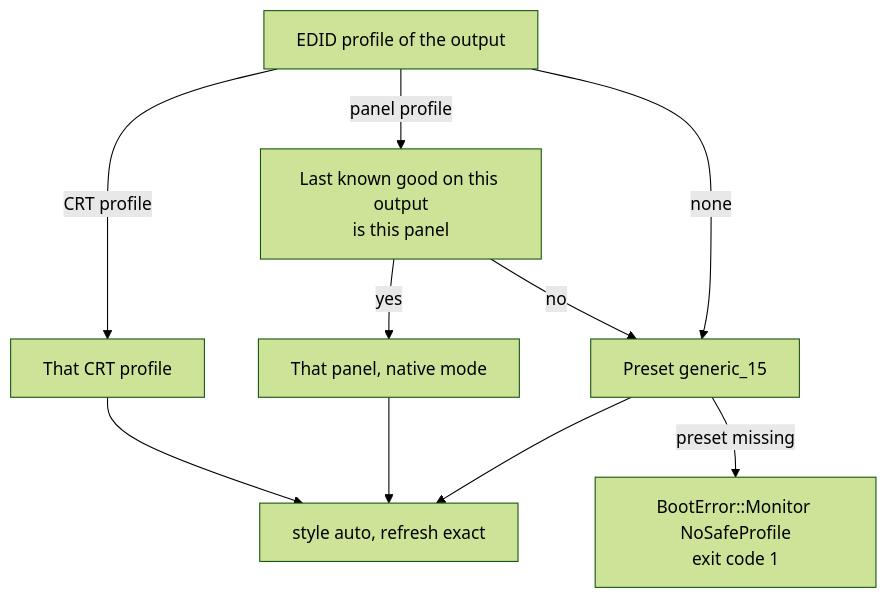
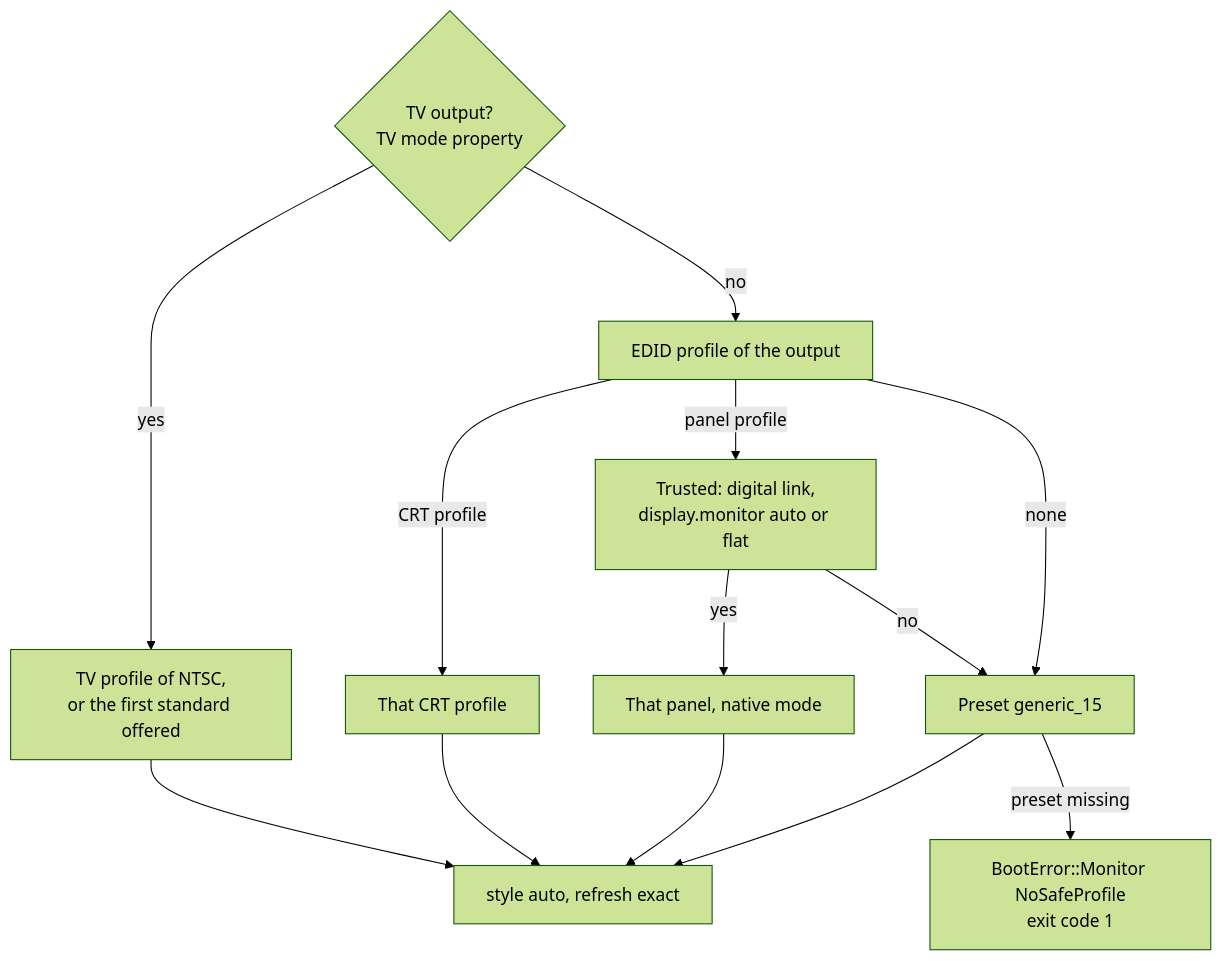
One commit to paologaleotti/neptron changed the fourth of 5 diagrams in docs/flows/02-frontend-boot.md. Above: the diagram before and after it, drawn with Mermaid (forest theme). The commit also changed other lines of this file and 2 other files, not shown here.

First line of the commit message:
docs(flows): fix the guard timings and the safe default in the boot, guard and situations pages

````diff
--- a/docs/flows/02-frontend-boot.md
+++ b/docs/flows/02-frontend-boot.md
@@ -68,12 +68,15 @@
 ```mermaid
 flowchart TD
-    A["EDID profile of the output"] -->|"CRT profile"| C["That CRT profile"]
-    A -->|"panel profile"| B["Last known good on this output<br/>is this panel"]
+    TV{"TV output?<br/>TV mode property"} -->|"yes"| T["TV profile of NTSC,<br/>or the first standard offered"]
+    TV -->|"no"| A["EDID profile of the output"]
+    A -->|"CRT profile"| C["That CRT profile"]
+    A -->|"panel profile"| B["Trusted: digital link,<br/>display.monitor auto or flat"]
     B -->|"yes"| P["That panel, native mode"]
     B -->|"no"| G["Preset generic_15"]
     A -->|"none"| G
+    T --> S
     G -->|"preset missing"| E["BootError::Monitor NoSafeProfile<br/>exit code 1"]
     C --> S["style auto, refresh exact"]
     P --> S
     G --> S
 ```
````
